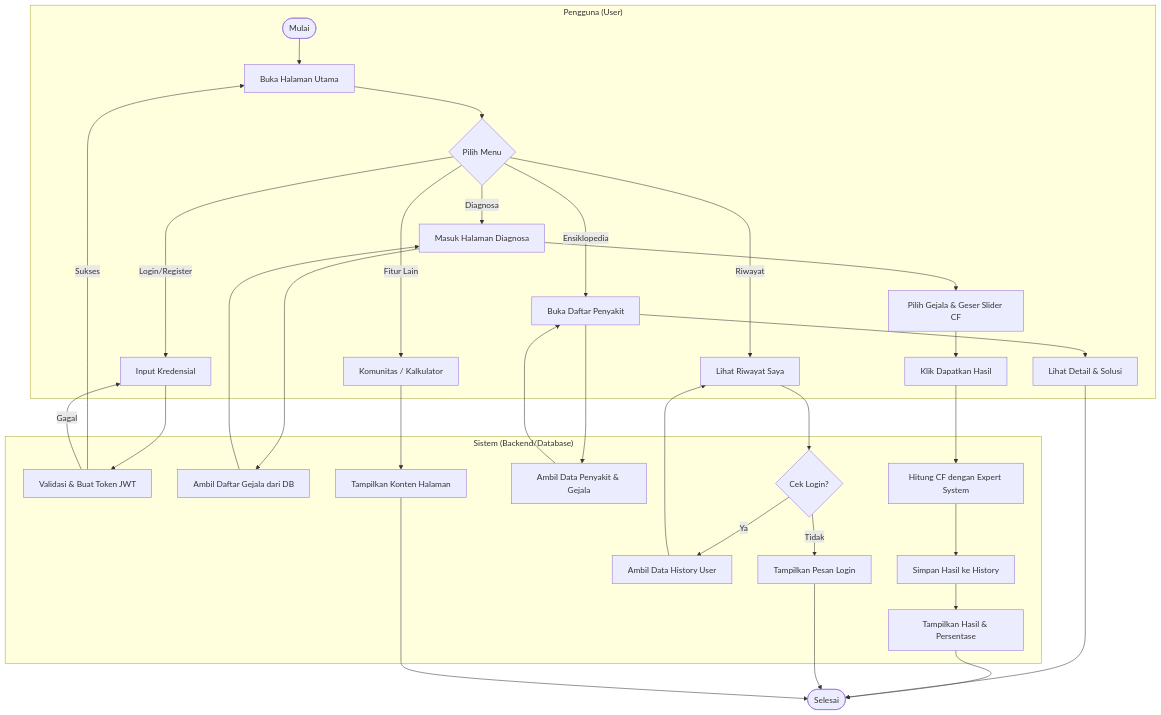
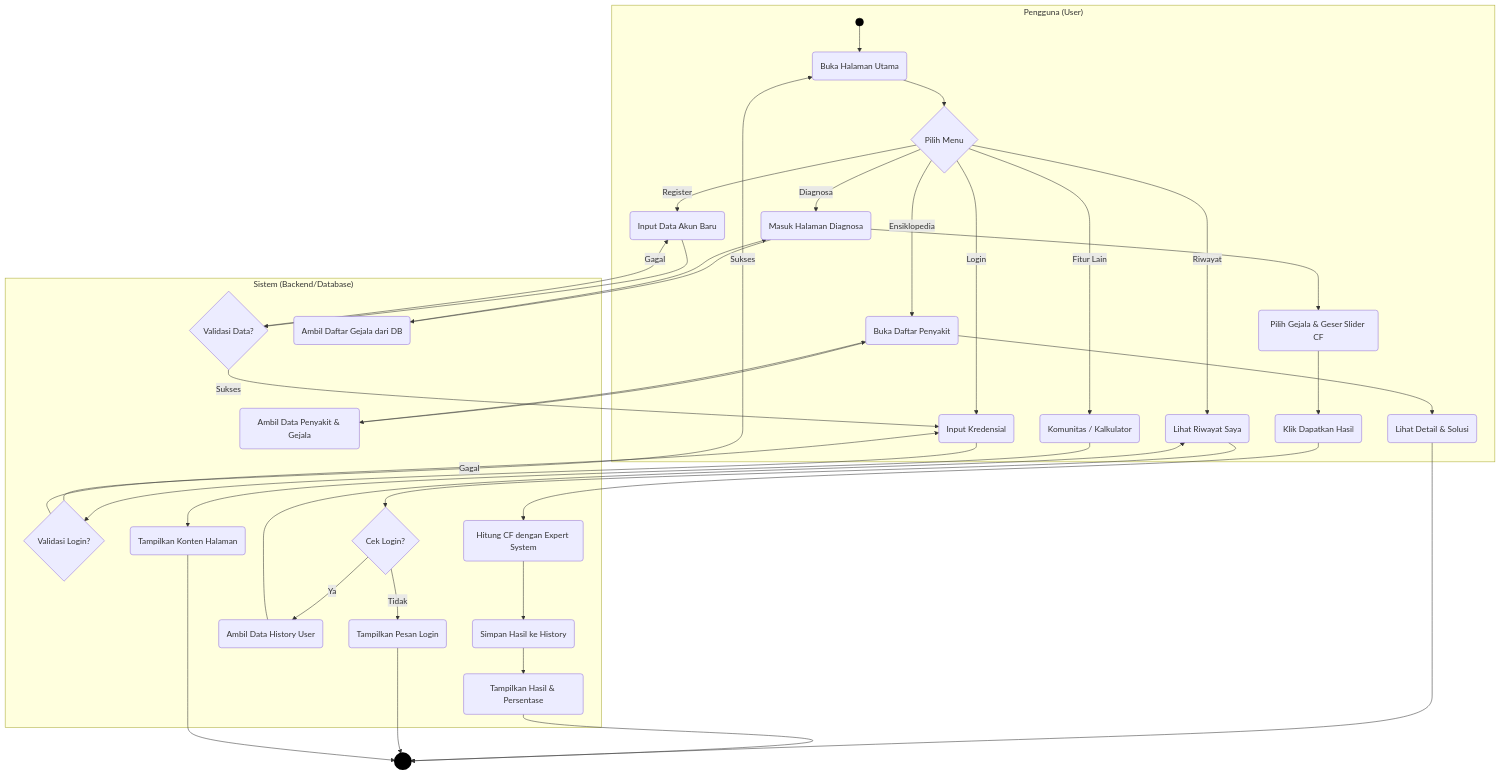
The fourth of 7 diagrams in README.md (RajaSunrise/kangkungku), drawn with Mermaid before and after one commit. The commit also changed other lines of this file and 74 other files, not shown here.

Commit message:
update new diagram

````diff
--- a/README.md
+++ b/README.md
@@ -131,46 +134,54 @@
 ```mermaid
-graph TD
+flowchart TD
     subgraph "Pengguna (User)"
-        U_Start([Mulai]) --> U_Landing[Buka Halaman Utama]
+        U_Start(( )):::startNode --> U_Landing(Buka Halaman Utama)
         U_Landing --> U_Nav{Pilih Menu}
         
-        U_Nav -- "Login/Register" --> U_Auth[Input Kredensial]
-        U_Nav -- "Diagnosa" --> U_Diag[Masuk Halaman Diagnosa]
-        U_Nav -- "Ensiklopedia" --> U_Ency[Buka Daftar Penyakit]
-        U_Nav -- "Riwayat" --> U_Hist[Lihat Riwayat Saya]
-        U_Nav -- "Fitur Lain" --> U_Other[Komunitas / Kalkulator]
+        U_Nav -- "Login" --> U_Login(Input Kredensial)
+        U_Nav -- "Register" --> U_Reg(Input Data Akun Baru)
+        U_Nav -- "Diagnosa" --> U_Diag(Masuk Halaman Diagnosa)
+        U_Nav -- "Ensiklopedia" --> U_Ency(Buka Daftar Penyakit)
+        U_Nav -- "Riwayat" --> U_Hist(Lihat Riwayat Saya)
+        U_Nav -- "Fitur Lain" --> U_Other(Komunitas / Kalkulator)
         
-        U_Diag --> U_Select[Pilih Gejala & Geser Slider CF]
-        U_Select --> U_Submit[Klik Dapatkan Hasil]
+        U_Diag --> U_Select(Pilih Gejala & Geser Slider CF)
+        U_Select --> U_Submit(Klik Dapatkan Hasil)
         
-        U_Ency --> U_Detail[Lihat Detail & Solusi]
+        U_Ency --> U_Detail(Lihat Detail & Solusi)
     end
 
     subgraph "Sistem (Backend/Database)"
-        U_Auth --> S_Auth[Validasi & Buat Token JWT]
+        U_Login --> S_Auth{Validasi Login?}
         S_Auth -- "Sukses" --> U_Landing
-        S_Auth -- "Gagal" --> U_Auth
+        S_Auth -- "Gagal" --> U_Login
+
+        U_Reg --> S_Reg{Validasi Data?}
+        S_Reg -- "Sukses" --> U_Login
+        S_Reg -- "Gagal" --> U_Reg
         
-        U_Diag --> S_GetG[Ambil Daftar Gejala dari DB]
+        U_Diag --> S_GetG(Ambil Daftar Gejala dari DB)
         S_GetG --> U_Diag
         
-        U_Submit --> S_Calc[Hitung CF dengan Expert System]
-        S_Calc --> S_Save[Simpan Hasil ke History]
-        S_Save --> S_Result[Tampilkan Hasil & Persentase]
+        U_Submit --> S_Calc(Hitung CF dengan Expert System)
+        S_Calc --> S_Save(Simpan Hasil ke History)
+        S_Save --> S_Result(Tampilkan Hasil & Persentase)
         
-        U_Ency --> S_GetP[Ambil Data Penyakit & Gejala]
+        U_Ency --> S_GetP(Ambil Data Penyakit & Gejala)
         S_GetP --> U_Ency
         
         U_Hist --> S_CheckL{Cek Login?}
-        S_CheckL -- "Ya" --> S_GetH[Ambil Data History User]
-        S_CheckL -- "Tidak" --> S_Warn[Tampilkan Pesan Login]
+        S_CheckL -- "Ya" --> S_GetH(Ambil Data History User)
+        S_CheckL -- "Tidak" --> S_Warn(Tampilkan Pesan Login)
         S_GetH --> U_Hist
 
-        U_Other --> S_ShowO[Tampilkan Konten Halaman]
+        U_Other --> S_ShowO(Tampilkan Konten Halaman)
     end
 
-    S_Result --> U_End([Selesai])
+    S_Result --> U_End((( ))):::endNode
     U_Detail --> U_End
     S_Warn --> U_End
     S_ShowO --> U_End
+
+    classDef startNode fill:#000,stroke:#000;
+    classDef endNode fill:#000,stroke:#000,stroke-width:4px;
 ```
````
